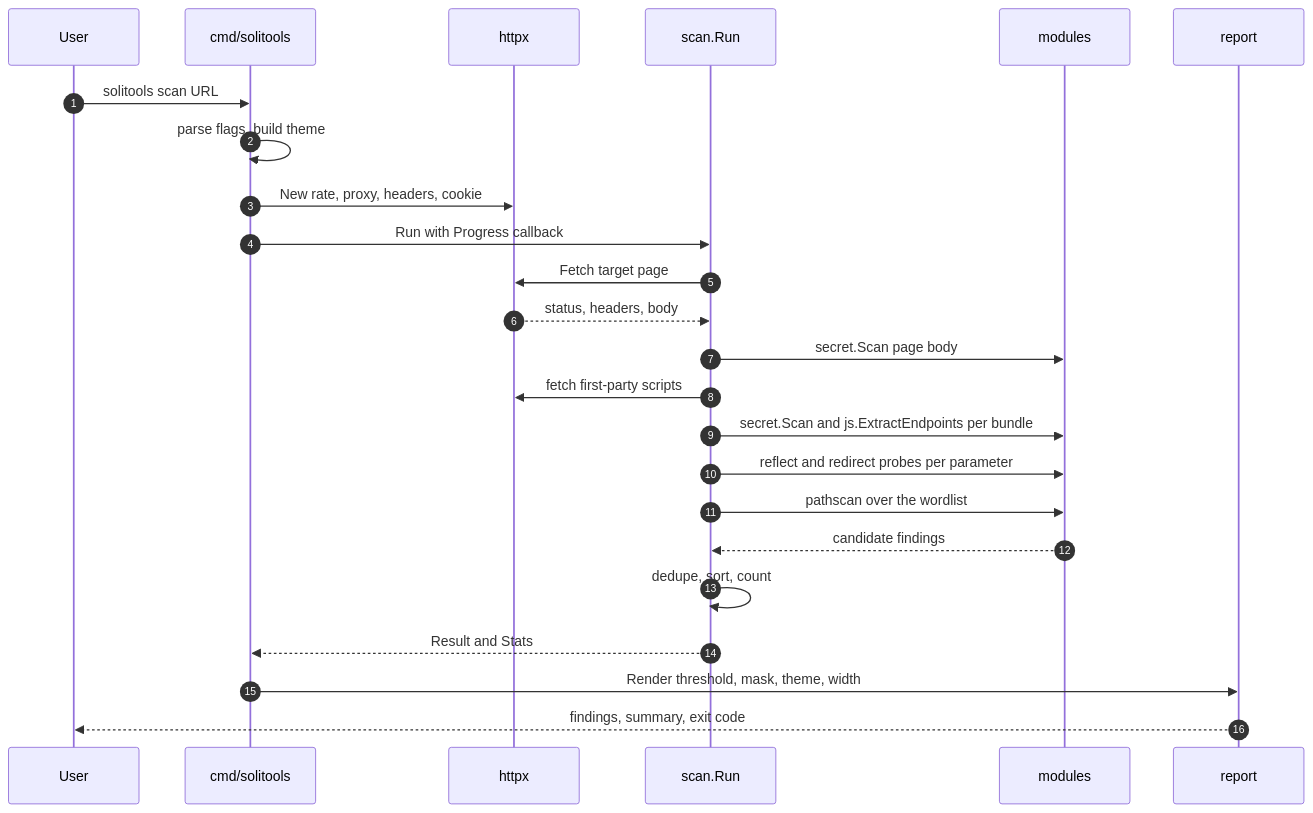
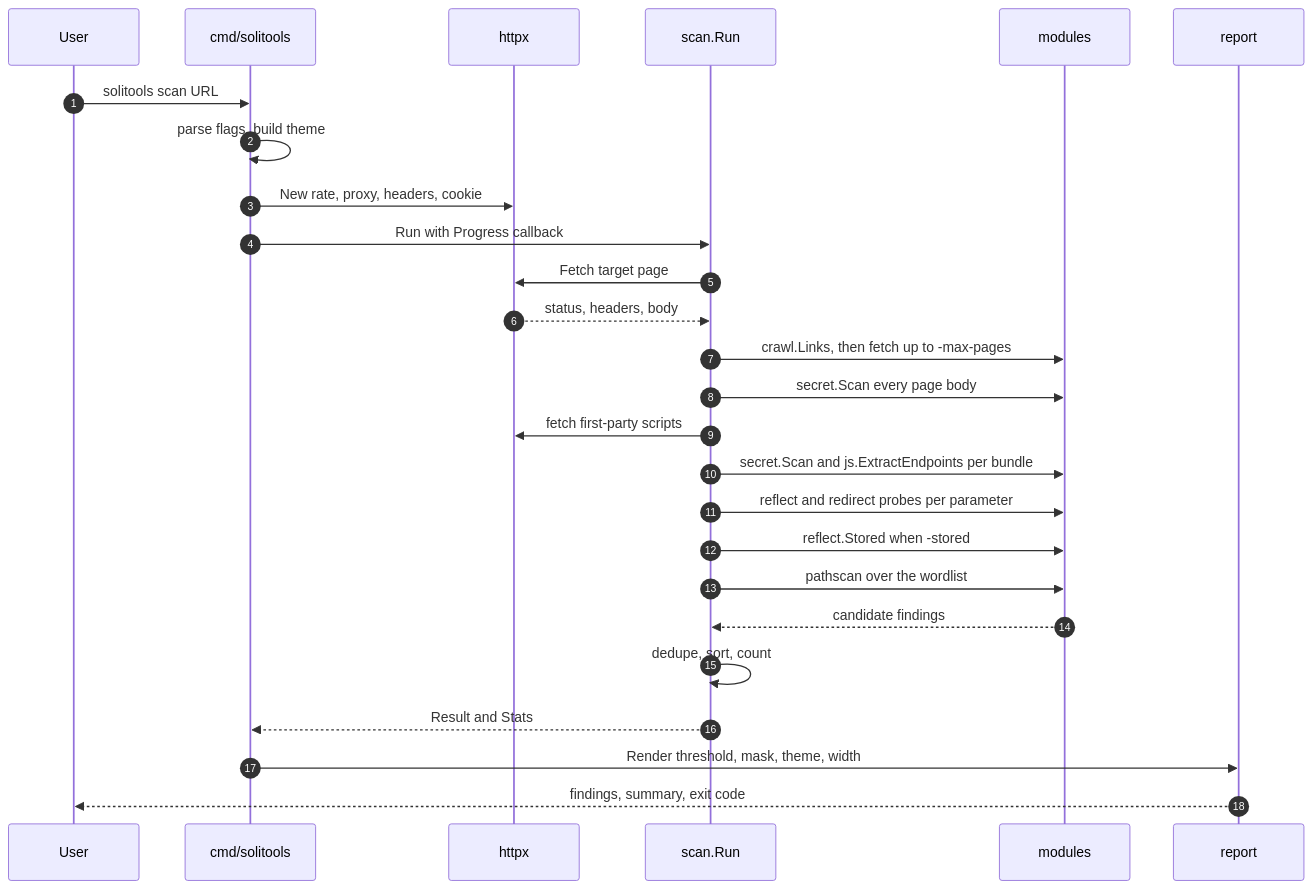
The third of 7 diagrams in HANDOVER.md (soliofski/SoliTools), drawn with Mermaid before and after one commit. The commit also changed other lines of this file and 9 other files, not shown here.

````diff
--- a/HANDOVER.md
+++ b/HANDOVER.md
@@ -305,27 +314,29 @@
 ```mermaid
 sequenceDiagram
     autonumber
     participant U as User
     participant CLI as cmd/solitools
     participant H as httpx
     participant S as scan.Run
     participant M as modules
     participant R as report
 
     U->>CLI: solitools scan URL
     CLI->>CLI: parse flags, build theme
     CLI->>H: New rate, proxy, headers, cookie
     CLI->>S: Run with Progress callback
     S->>H: Fetch target page
     H-->>S: status, headers, body
-    S->>M: secret.Scan page body
+    S->>M: crawl.Links, then fetch up to -max-pages
+    S->>M: secret.Scan every page body
     S->>H: fetch first-party scripts
     S->>M: secret.Scan and js.ExtractEndpoints per bundle
     S->>M: reflect and redirect probes per parameter
+    S->>M: reflect.Stored when -stored
     S->>M: pathscan over the wordlist
     M-->>S: candidate findings
     S->>S: dedupe, sort, count
     S-->>CLI: Result and Stats
     CLI->>R: Render threshold, mask, theme, width
     R-->>U: findings, summary, exit code
 ```
````
